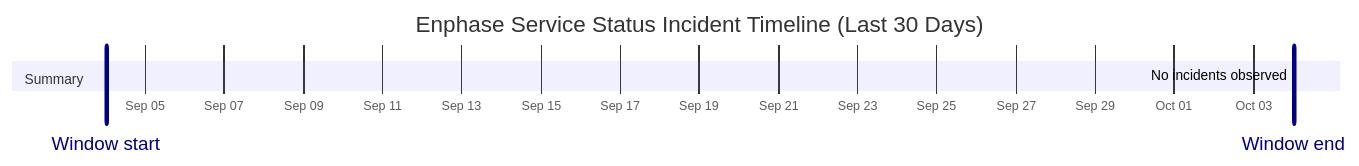
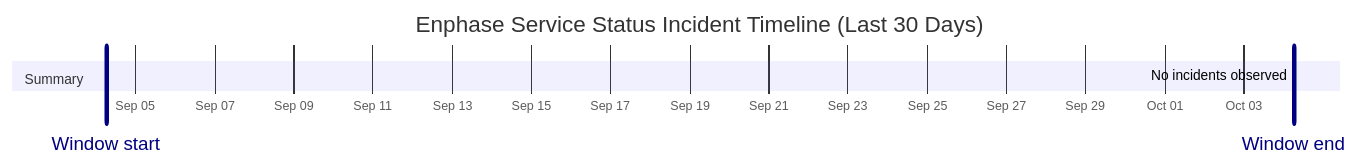
One commit to barneyonline/ha-enphase-energy changed the diagram in wiki/Service-Status-History.md. Above: the diagram before and after it, drawn with Mermaid. The commit also changed other lines of this file and 3 other files, not shown here.

````diff
--- a/wiki/Service-Status-History.md
+++ b/wiki/Service-Status-History.md
@@ -14,10 +14,10 @@
 ```mermaid
 gantt
     title Enphase Service Status Incident Timeline (Last 30 Days)
     dateFormat  YYYY-MM-DDTHH:mm:ss
     axisFormat  %b %d
-    Window start :vert, window-start, 2026-09-04T00:28:08, 0ms
-    Window end :vert, window-end, 2026-10-04T00:28:08, 0ms
+    Window start :vert, window-start, 2026-09-04T06:13:12, 0ms
+    Window end :vert, window-end, 2026-10-04T06:13:12, 0ms
     section Summary
-    No incidents observed :done, 2026-10-04T00:28:08, 1m
+    No incidents observed :done, 2026-10-04T06:13:12, 1m
 ```
````
